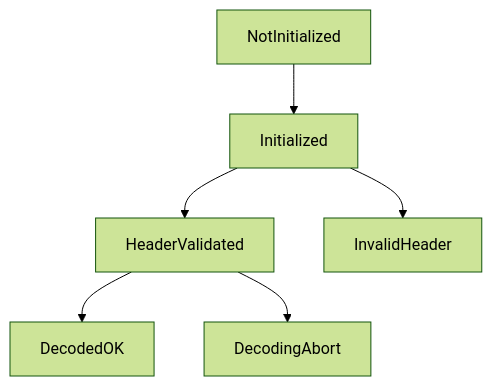
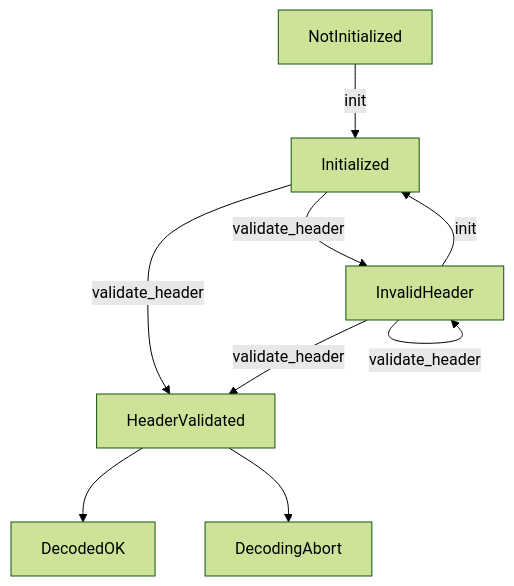
One commit to fluorohead/gia_tga changed the first of 3 diagrams in readme.md. Above: the diagram before and after it, drawn with Mermaid (forest theme). The commit also changed other lines of this file and 1 other file, not shown here.

````diff
--- a/readme.md
+++ b/readme.md
@@ -50,8 +50,11 @@
 ```mermaid
 graph TD;
-NotInitialized-->Initialized;
-Initialized-->HeaderValidated;
-Initialized-->InvalidHeader;
+NotInitialized--init-->Initialized;
+Initialized--validate_header-->HeaderValidated;
+Initialized--validate_header-->InvalidHeader;
+InvalidHeader--validate_header-->HeaderValidated;
+InvalidHeader--validate_header-->InvalidHeader;
+InvalidHeader--init-->Initialized;
 HeaderValidated-->DecodedOK;
 HeaderValidated-->DecodingAbort;
 ```
````
